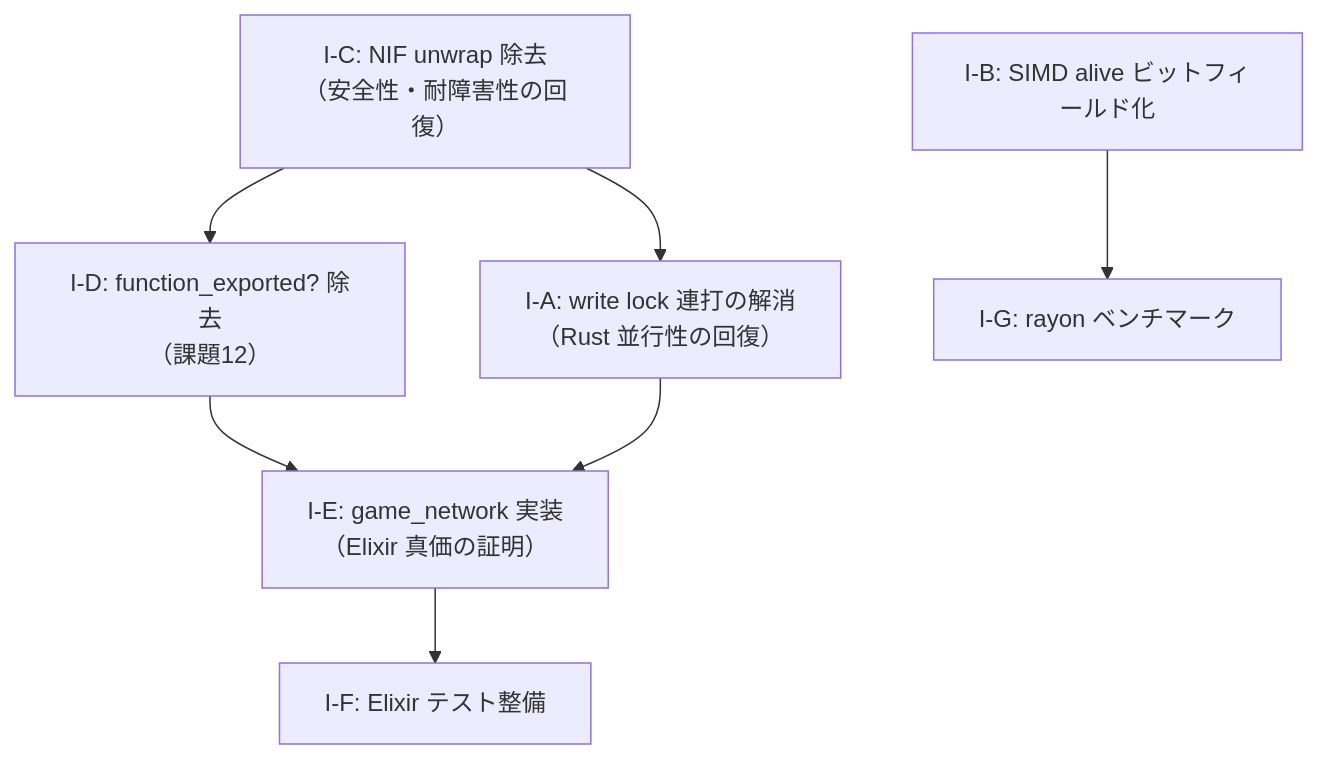
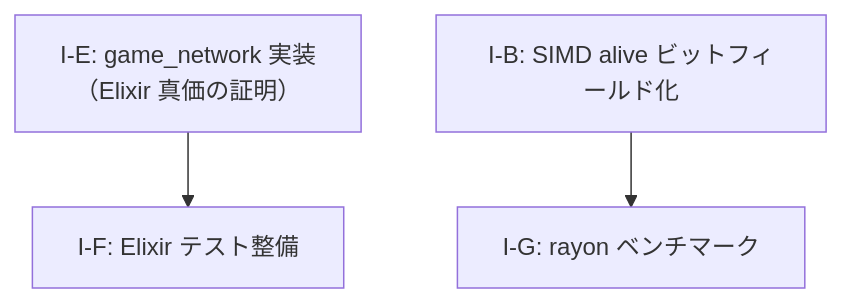
The diagram in docs/improvement-plan.md (FRICK-ELDY/alchemy-engine), drawn with Mermaid before and after one commit. The commit also changed other lines of this file, not shown here.

````diff
--- a/docs/improvement-plan.md
+++ b/docs/improvement-plan.md
@@ -198,17 +120,10 @@
 ```mermaid
 graph TD
-    IC["I-C: NIF unwrap 除去\n（安全性・耐障害性の回復）"]
-    ID["I-D: function_exported? 除去\n（課題12）"]
-    IA["I-A: write lock 連打の解消\n（Rust 並行性の回復）"]
     IE["I-E: game_network 実装\n（Elixir 真価の証明）"]
     IF["I-F: Elixir テスト整備"]
     IB["I-B: SIMD alive ビットフィールド化"]
     IG["I-G: rayon ベンチマーク"]
 
-    IC --> ID
-    IC --> IA
-    ID --> IE
-    IA --> IE
     IE --> IF
     IB --> IG
 ```
````
